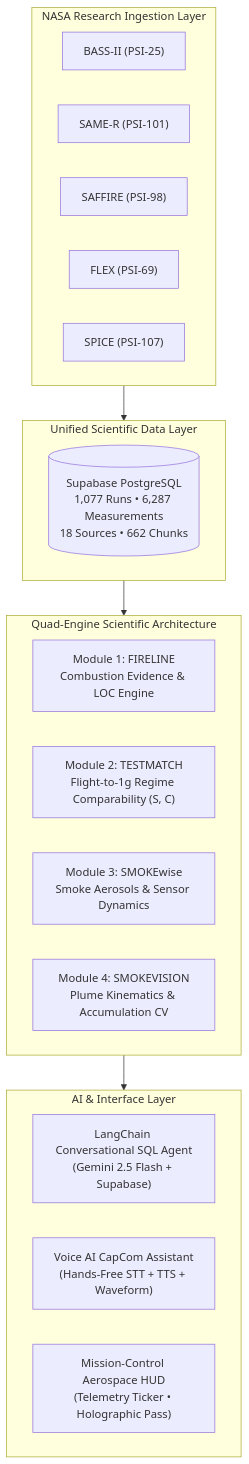
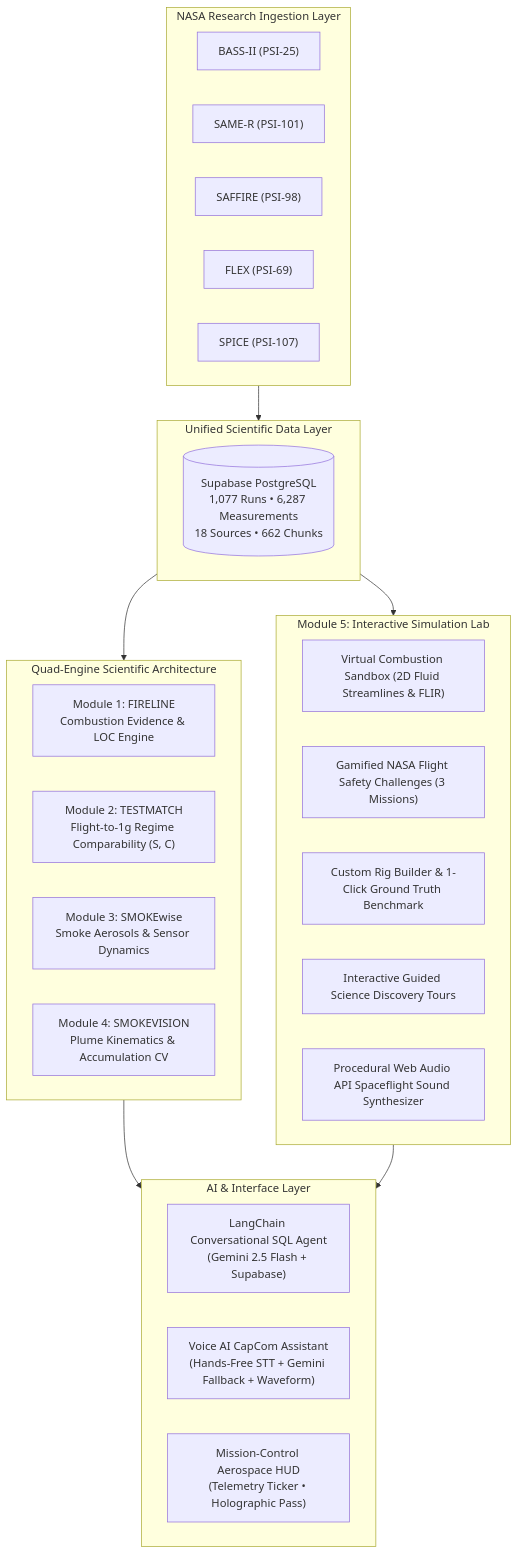
One commit to Qudit-Labs/Astro_Sapien changed the first of 3 diagrams in README.md. Above: the diagram before and after it, drawn with Mermaid. The commit also changed other lines of this file, not shown here.

````diff
--- a/README.md
+++ b/README.md
@@ -37,31 +60,41 @@
 ```mermaid
 flowchart TD
     subgraph NASA_Data ["NASA Research Ingestion Layer"]
         BASS["BASS-II (PSI-25)"]
         SAMER["SAME-R (PSI-101)"]
         SAFFIRE["SAFFIRE (PSI-98)"]
         FLEX["FLEX (PSI-69)"]
         SPICE["SPICE (PSI-107)"]
     end
 
     subgraph Core_Storage ["Unified Scientific Data Layer"]
         DB[("Supabase PostgreSQL\n1,077 Runs • 6,287 Measurements\n18 Sources • 662 Chunks")]
     end
 
     subgraph Analytical_Pillars ["Quad-Engine Scientific Architecture"]
         M1["Module 1: FIRELINE\nCombustion Evidence & LOC Engine"]
         M2["Module 2: TESTMATCH\nFlight-to-1g Regime Comparability (S, C)"]
         M3["Module 3: SMOKEwise\nSmoke Aerosols & Sensor Dynamics"]
         M4["Module 4: SMOKEVISION\nPlume Kinematics & Accumulation CV"]
     end
 
+    subgraph Simulation_Lab ["Module 5: Interactive Simulation Lab"]
+        Sim1["Virtual Combustion Sandbox (2D Fluid Streamlines & FLIR)"]
+        Sim2["Gamified NASA Flight Safety Challenges (3 Missions)"]
+        Sim3["Custom Rig Builder & 1-Click Ground Truth Benchmark"]
+        Sim4["Interactive Guided Science Discovery Tours"]
+        Sim5["Procedural Web Audio API Spaceflight Sound Synthesizer"]
+    end
+
     subgraph Intelligence_Layer ["AI & Interface Layer"]
         SQLAgent["LangChain Conversational SQL Agent\n(Gemini 2.5 Flash + Supabase)"]
-        VoiceAI["Voice AI CapCom Assistant\n(Hands-Free STT + TTS + Waveform)"]
+        VoiceAI["Voice AI CapCom Assistant\n(Hands-Free STT + Gemini Fallback + Waveform)"]
         HUD["Mission-Control Aerospace HUD\n(Telemetry Ticker • Holographic Pass)"]
     end
 
     NASA_Data --> Core_Storage
     Core_Storage --> Analytical_Pillars
+    Core_Storage --> Simulation_Lab
     Analytical_Pillars --> Intelligence_Layer
+    Simulation_Lab --> Intelligence_Layer
 ```
````
